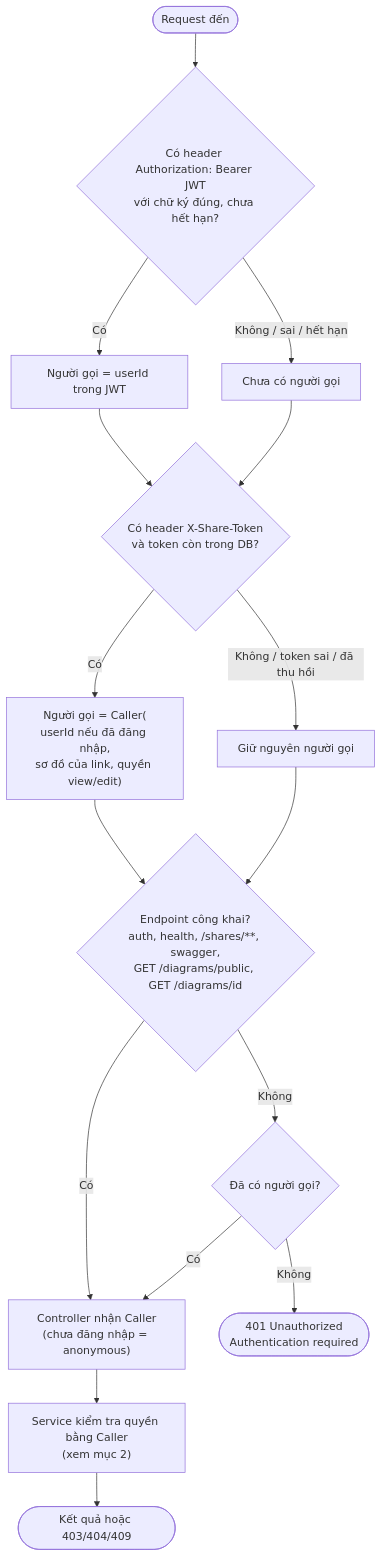
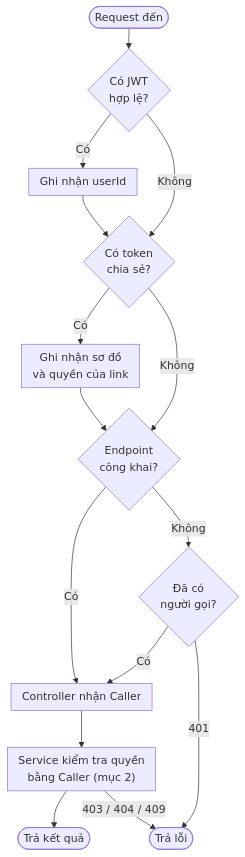
Before and after one commit to Phamminh161005/CourseHub: the first of 7 diagrams in docs/luong-nghiep-vu.md, drawn with Mermaid. The commit also changed other lines of this file, not shown here.

````diff
--- a/docs/luong-nghiep-vu.md
+++ b/docs/luong-nghiep-vu.md
@@ -29,18 +29,18 @@
 ```mermaid
+%%{init: {"flowchart": {"padding": 8, "rankSpacing": 30, "nodeSpacing": 40}}}%%
 flowchart TD
-    A(["Request đến"]) --> B{"Có header Authorization: Bearer JWT<br/>với chữ ký đúng, chưa hết hạn?"}
-    B -- Có --> C["Người gọi = userId trong JWT"]
-    B -- "Không / sai / hết hạn" --> D["Chưa có người gọi"]
-    C --> E{"Có header X-Share-Token<br/>và token còn trong DB?"}
-    D --> E
-    E -- Có --> F["Người gọi = Caller(<br/>userId nếu đã đăng nhập,<br/>sơ đồ của link, quyền view/edit)"]
-    E -- "Không / token sai / đã thu hồi" --> G["Giữ nguyên người gọi"]
-    F --> H{"Endpoint công khai?<br/>auth, health, /shares/**, swagger,<br/>GET /diagrams/public, GET /diagrams/id"}
-    G --> H
-    H -- Có --> K["Controller nhận Caller<br/>(chưa đăng nhập = anonymous)"]
-    H -- Không --> I{"Đã có người gọi?"}
-    I -- Không --> E401(["401 Unauthorized<br/>Authentication required"])
+    A(["Request đến"]) --> B{"Có JWT<br/>hợp lệ?"}
+    B -- Có --> C["Ghi nhận userId"]
+    B -- Không --> D
+    C --> D{"Có token<br/>chia sẻ?"}
+    D -- Có --> F["Ghi nhận sơ đồ<br/>và quyền của link"]
+    D -- Không --> H
+    F --> H{"Endpoint<br/>công khai?"}
+    H -- Có --> K["Controller nhận Caller"]
+    H -- Không --> I{"Đã có<br/>người gọi?"}
     I -- Có --> K
-    K --> L["Service kiểm tra quyền bằng Caller<br/>(xem mục 2)"]
-    L --> OK(["Kết quả hoặc 403/404/409"])
+    K --> L["Service kiểm tra quyền<br/>bằng Caller (mục 2)"]
+    L --> OK(["Trả kết quả"])
+    I -- "401" --> ERR(["Trả lỗi"])
+    L -- "403 / 404 / 409" --> ERR
 ```
````
